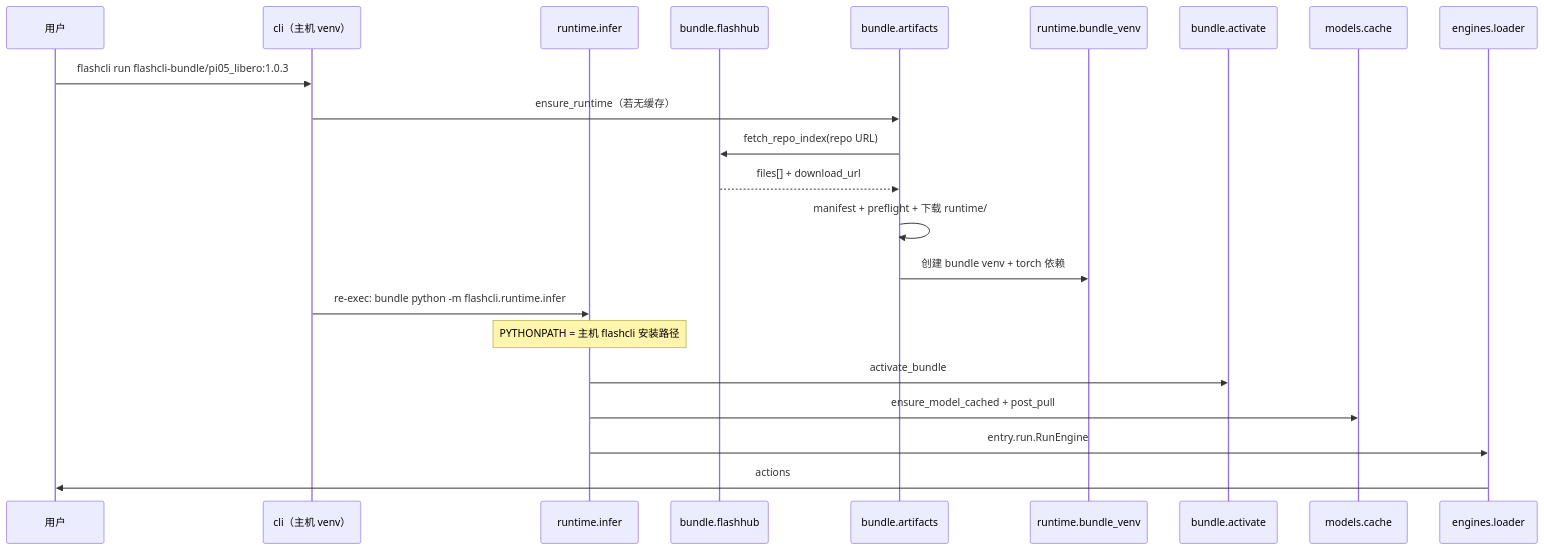
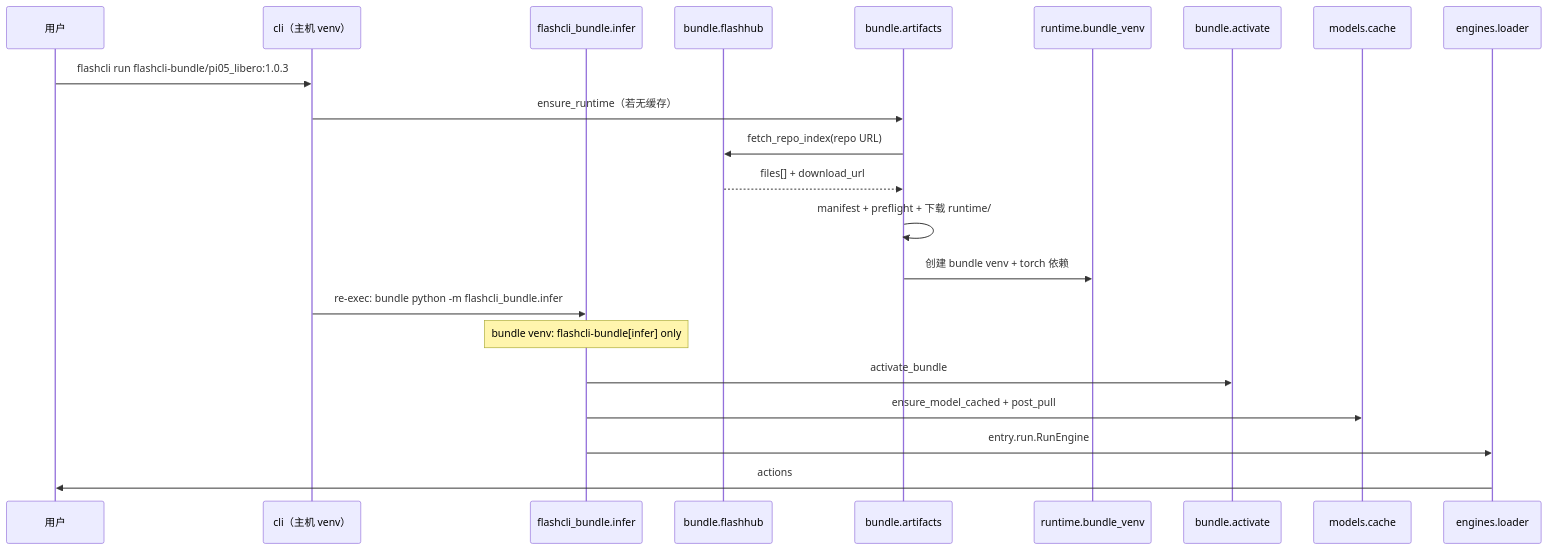
The diagram in docs/architecture.zh-CN.md (aodianyun/flashcli), drawn with Mermaid before and after one commit. The commit also changed other lines of this file and 124 other files, not shown here.

Commit message:
refactor: isolate inference to bundle venv via flashcli-bundle[infer] re-exec, keep host on protocol-only deps, and centralize shared paths in flashcli_bundle.paths

````diff
--- a/docs/architecture.zh-CN.md
+++ b/docs/architecture.zh-CN.md
@@ -65,25 +75,25 @@
 ```mermaid
 sequenceDiagram
   participant U as 用户
   participant CLI as cli（主机 venv）
-  participant Infer as runtime.infer
+  participant Infer as flashcli_bundle.infer
   participant FH as bundle.flashhub
   participant Art as bundle.artifacts
   participant Venv as runtime.bundle_venv
   participant Act as bundle.activate
   participant Cache as models.cache
   participant Ldr as engines.loader
 
   U->>CLI: flashcli run flashcli-bundle/pi05_libero:1.0.3
   CLI->>Art: ensure_runtime（若无缓存）
   Art->>FH: fetch_repo_index(repo URL)
   FH-->>Art: files[] + download_url
   Art->>Art: manifest + preflight + 下载 runtime/
   Art->>Venv: 创建 bundle venv + torch 依赖
-  CLI->>Infer: re-exec: bundle python -m flashcli.runtime.infer
-  Note over Infer: PYTHONPATH = 主机 flashcli 安装路径
+  CLI->>Infer: re-exec: bundle python -m flashcli_bundle.infer
+  Note over Infer: bundle venv: flashcli-bundle[infer] only
   Infer->>Act: activate_bundle
   Infer->>Cache: ensure_model_cached + post_pull
   Infer->>Ldr: entry.run.RunEngine
   Ldr->>U: actions
 ```
````
